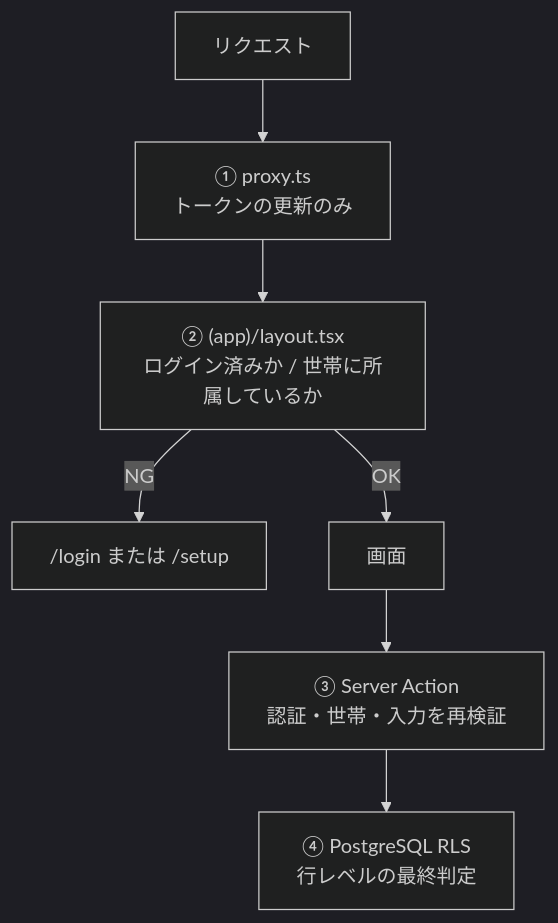
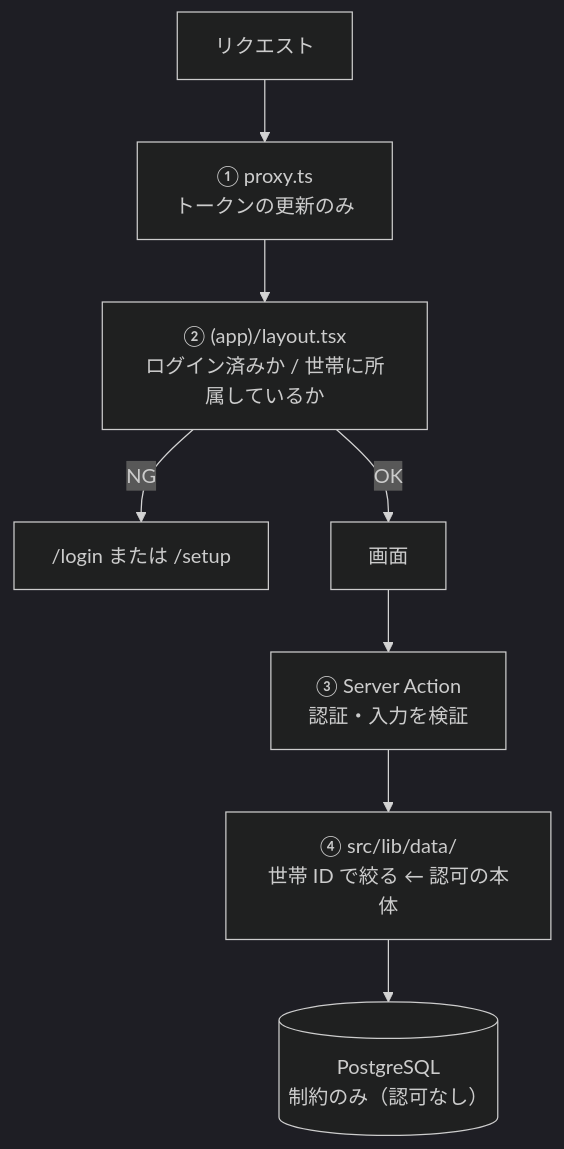
Before and after one commit to arize-matsuda/monely: the diagram in docs/03-guidelines/security-guidelines.md, drawn with Mermaid (dark theme). The commit also changed other lines of this file and 34 other files, not shown here.

````diff
--- a/docs/03-guidelines/security-guidelines.md
+++ b/docs/03-guidelines/security-guidelines.md
@@ -35,9 +40,10 @@
 ```mermaid
 flowchart TD
     Req["リクエスト"] --> Px["① proxy.ts<br/>トークンの更新のみ"]
     Px --> Layout["② (app)/layout.tsx<br/>ログイン済みか / 世帯に所属しているか"]
     Layout -- "NG" --> Redirect["/login または /setup"]
     Layout -- "OK" --> Page["画面"]
-    Page --> Action["③ Server Action<br/>認証・世帯・入力を再検証"]
-    Action --> RLS["④ PostgreSQL RLS<br/>行レベルの最終判定"]
+    Page --> Action["③ Server Action<br/>認証・入力を検証"]
+    Action --> DAL["④ src/lib/data/<br/>世帯 ID で絞る ← 認可の本体"]
+    DAL --> DB[("PostgreSQL<br/>制約のみ（認可なし）")]
 ```
````
